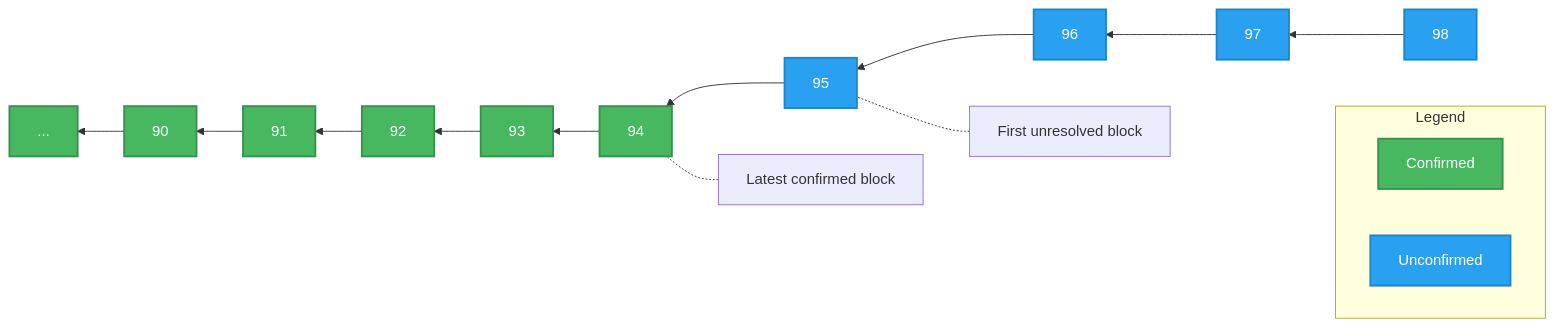
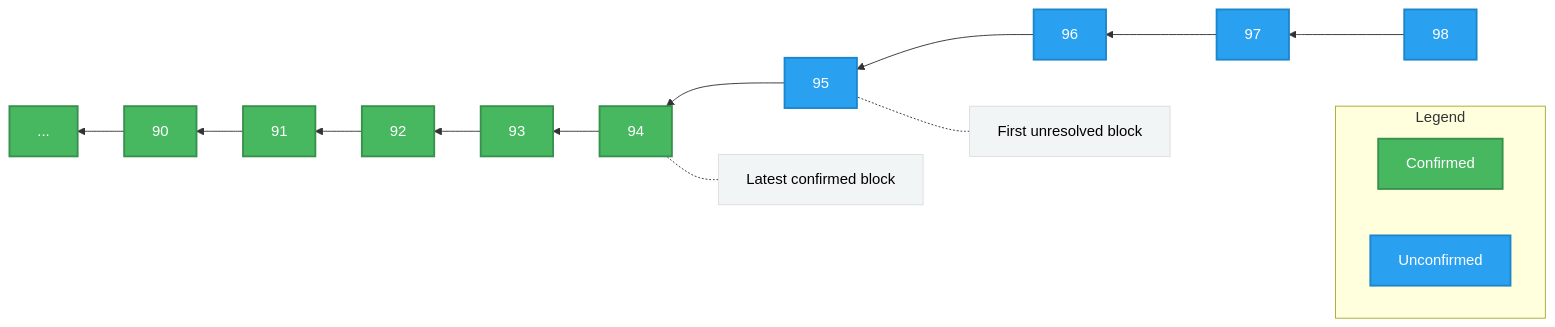
The second of 3 diagrams in arbitrum-docs/inside-arbitrum-nitro/inside-arbitrum-nitro.mdx (OffchainLabs/arbitrum-docs), drawn with Mermaid before and after one commit. The commit also changed other lines of this file, not shown here.

Commit message:
tweaks style of note tags

````diff
--- a/arbitrum-docs/inside-arbitrum-nitro/inside-arbitrum-nitro.mdx
+++ b/arbitrum-docs/inside-arbitrum-nitro/inside-arbitrum-nitro.mdx
@@ -246,28 +246,29 @@
 ```mermaid
 graph RL
-  y["First unresolved block"]
-  z["Latest confirmed block"]
+  f["First unresolved block"]
+  l["Latest confirmed block"]
 
   98-->97-->96-->95
-  y-.-95
+  f-.-95
 
   95-->94
-  z-.-94
+  l-.-94
 
   94-->93-->92-->91-->90-->x[...]
 
   subgraph Legend
     direction RL
     Confirmed
     Unconfirmed
   end
 
   classDef confirmed fill:#47b860,stroke:#37914c,stroke-width:2px,color:#fff
   class 94,93,92,91,90,x,Confirmed confirmed
 
 
   classDef unconfirmed fill:#2aa1f0,stroke:#1c86ca,stroke-width:2px,color:#fff
   class 98,97,96,95,Unconfirmed unconfirmed
 
-
+  classDef note fill:#F1F5F6,stroke:#dbdede,stroke-width:1px,color:#000
+  class l,f note
 ```
````
